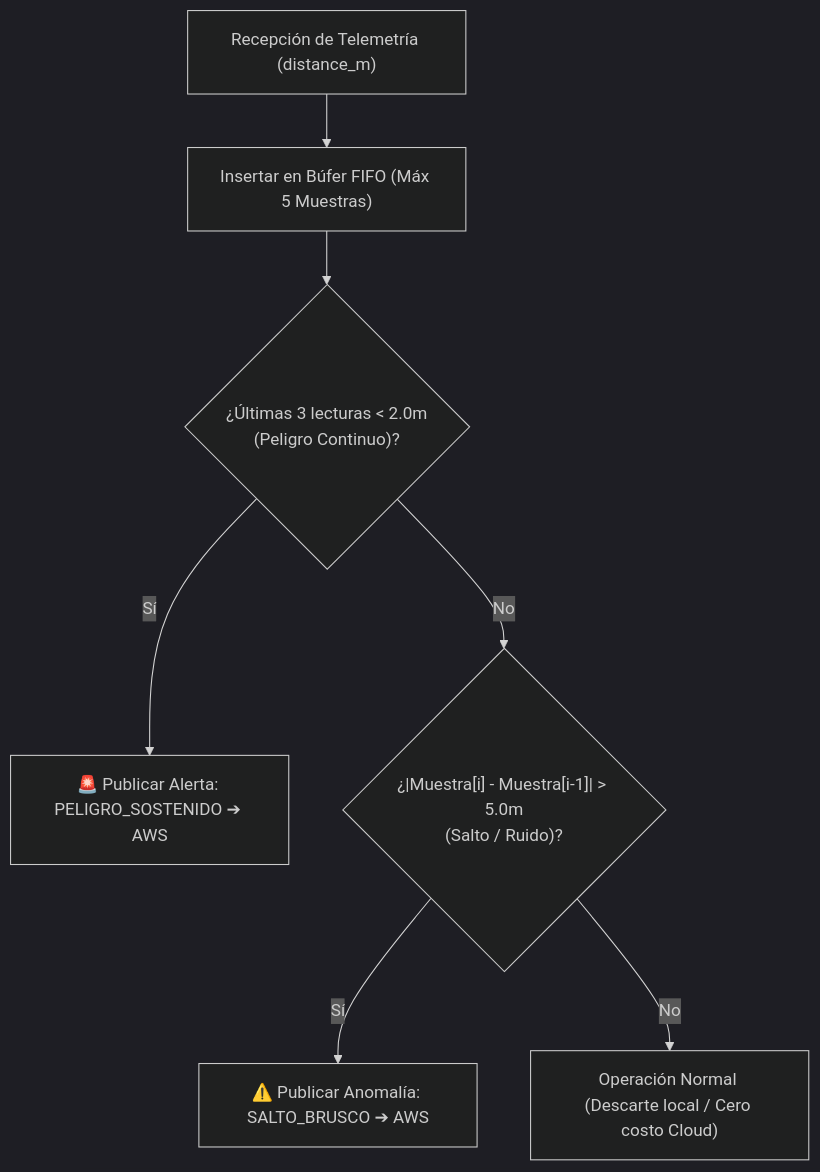
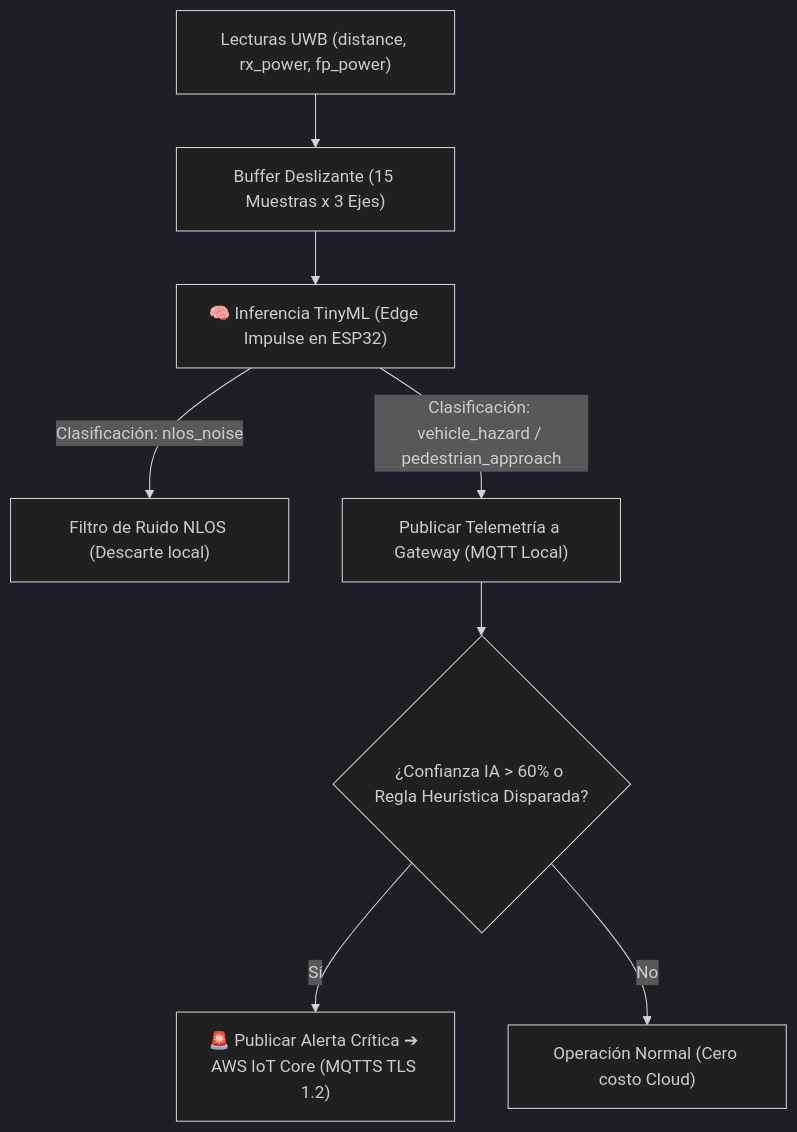
Before and after one commit to Rivero-Agustin/embedded-linux-iot-gateway: the diagram in README.md, drawn with Mermaid (dark theme). The commit also changed other lines of this file and 1460 other files, not shown here.

Commit message:
feat: Integracion TinyML Edge Impulse, FreeRTOS y Gateway AWS IoT Core

````diff
--- a/README.md
+++ b/README.md
@@ -76,9 +92,10 @@
 ```mermaid
 flowchart TD
-    A["Recepción de Telemetría (distance_m)"] --> B["Insertar en Búfer FIFO (Máx 5 Muestras)"]
-    B --> C{"¿Últimas 3 lecturas < 2.0m\n(Peligro Continuo)?"}
-    C -- Sí --> D["🚨 Publicar Alerta: PELIGRO_SOSTENIDO ➔ AWS"]
-    C -- No --> E{"¿|Muestra[i] - Muestra[i-1]| > 5.0m\n(Salto / Ruido)?"}
-    E -- Sí --> F["⚠️ Publicar Anomalía: SALTO_BRUSCO ➔ AWS"]
-    E -- No --> G["Operación Normal (Descarte local / Cero costo Cloud)"]
+    A["Lecturas UWB (distance, rx_power, fp_power)"] --> B["Buffer Deslizante (15 Muestras x 3 Ejes)"]
+    B --> C["🧠 Inferencia TinyML (Edge Impulse en ESP32)"]
+    C -->|Clasificación: nlos_noise| D["Filtro de Ruido NLOS (Descarte local)"]
+    C -->|Clasificación: vehicle_hazard / pedestrian_approach| E["Publicar Telemetría a Gateway (MQTT Local)"]
+    E --> F{"¿Confianza IA > 60% o Regla Heurística Disparada?"}
+    F -- Sí --> G["🚨 Publicar Alerta Crítica ➔ AWS IoT Core (MQTTS TLS 1.2)"]
+    F -- No --> H["Operación Normal (Cero costo Cloud)"]
 ```
````
